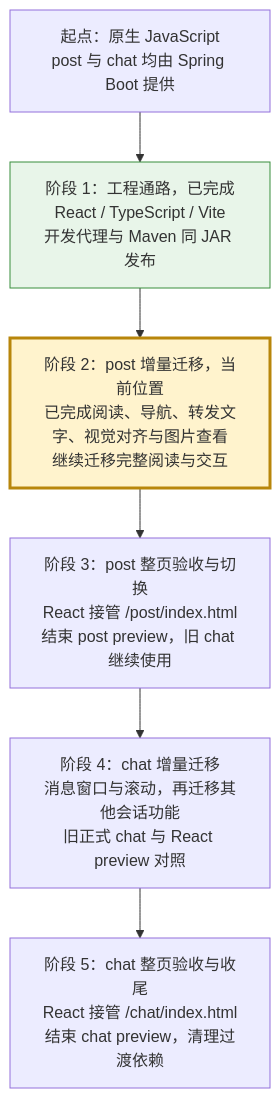
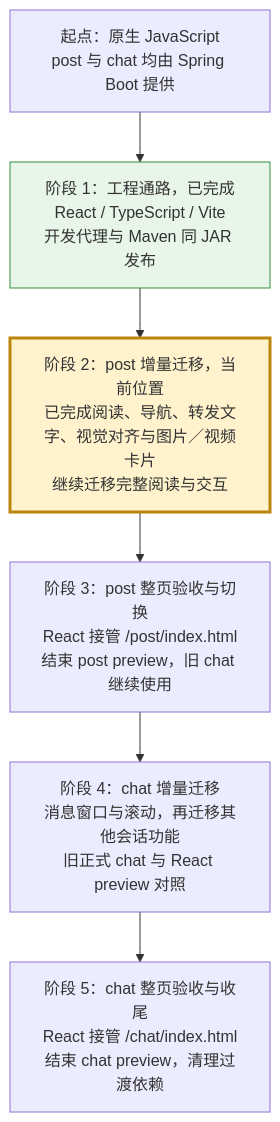
Before and after one commit to findxyz/vb-weibo-plus: the diagram in .scratch/react-migration/PLAN.md, drawn with Mermaid. The commit also changed other lines of this file and 1 other file, not shown here.

````diff
--- a/.scratch/react-migration/PLAN.md
+++ b/.scratch/react-migration/PLAN.md
@@ -11,14 +11,14 @@
 ```mermaid
 flowchart TD
     A["起点：原生 JavaScript<br/>post 与 chat 均由 Spring Boot 提供"]
     B["阶段 1：工程通路，已完成<br/>React / TypeScript / Vite<br/>开发代理与 Maven 同 JAR 发布"]
-    C["阶段 2：post 增量迁移，当前位置<br/>已完成阅读、导航、转发文字、视觉对齐与图片查看<br/>继续迁移完整阅读与交互"]
+    C["阶段 2：post 增量迁移，当前位置<br/>已完成阅读、导航、转发文字、视觉对齐与图片／视频卡片<br/>继续迁移完整阅读与交互"]
     D["阶段 3：post 整页验收与切换<br/>React 接管 /post/index.html<br/>结束 post preview，旧 chat 继续使用"]
     E["阶段 4：chat 增量迁移<br/>消息窗口与滚动，再迁移其他会话功能<br/>旧正式 chat 与 React preview 对照"]
     F["阶段 5：chat 整页验收与收尾<br/>React 接管 /chat/index.html<br/>结束 chat preview，清理过渡依赖"]
     A --> B --> C --> D --> E --> F
     classDef complete fill:#e8f5e9,stroke:#388e3c
     classDef current fill:#fff3cd,stroke:#b8860b,stroke-width:3px
     class B complete
     class C current
 ```
````
